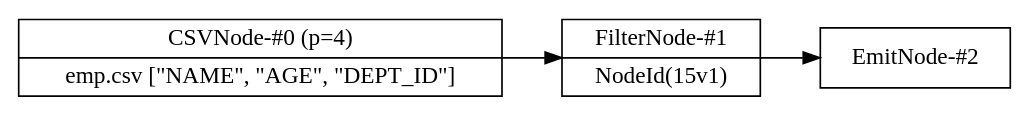
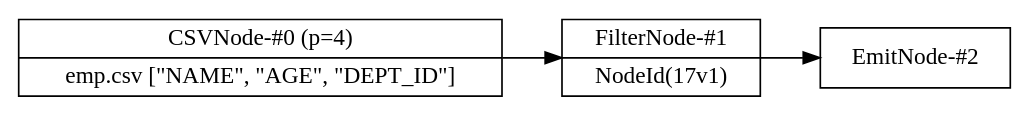
The diagram in flow.dot (adarshpannu/kona), drawn with Graphviz before and after one commit. The commit also changed 7 other files, not shown here.

```diff
--- a/flow.dot
+++ b/flow.dot
@@ -1,11 +1,11 @@
 digraph example1 {
     node [shape=record];
     rankdir=LR;
     splines=polyline;
     nodesep=0.5;
     Node0[label="CSVNode-#0 (p=4)|emp.csv [\"NAME\", \"AGE\", \"DEPT_ID\"]"];
-    Node1[label="FilterNode-#1|NodeId(15v1)"];
+    Node1[label="FilterNode-#1|NodeId(17v1)"];
     Node0 -> Node1;
     Node2[label="EmitNode-#2"];
     Node1 -> Node2;
 }
```
